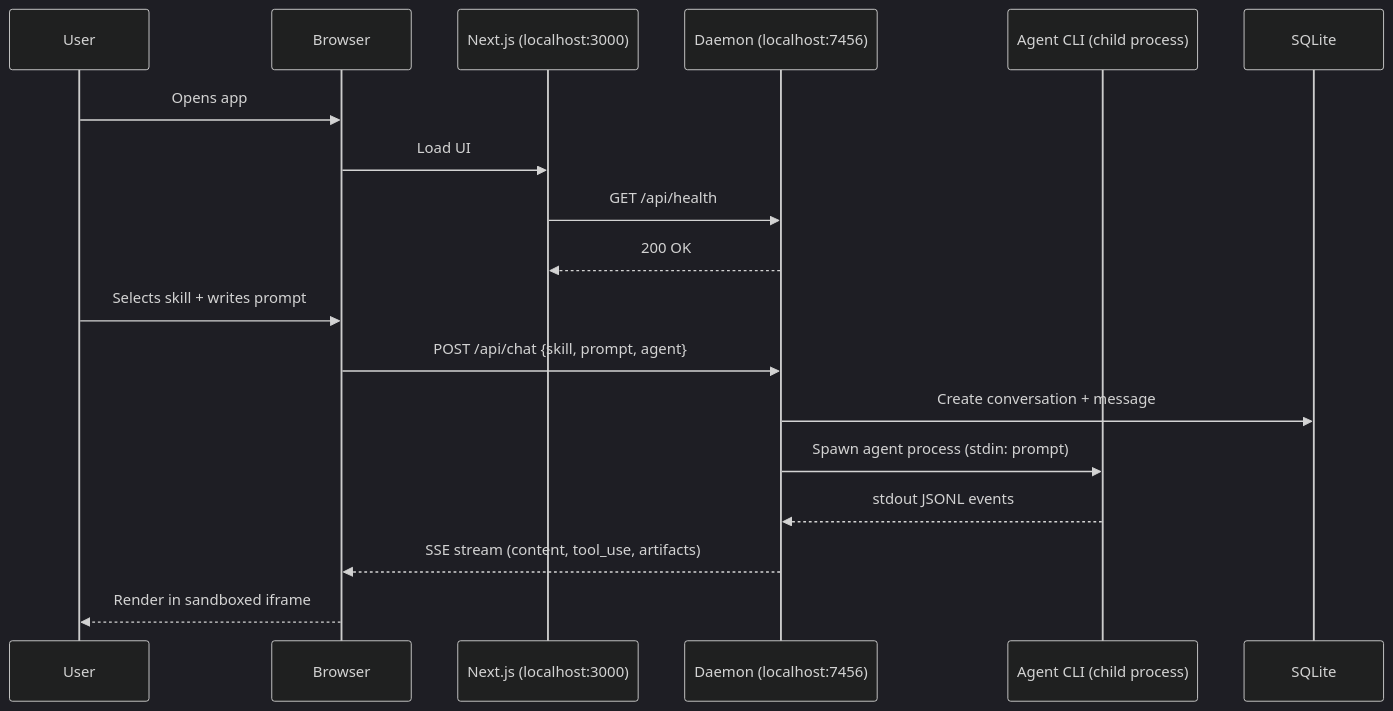
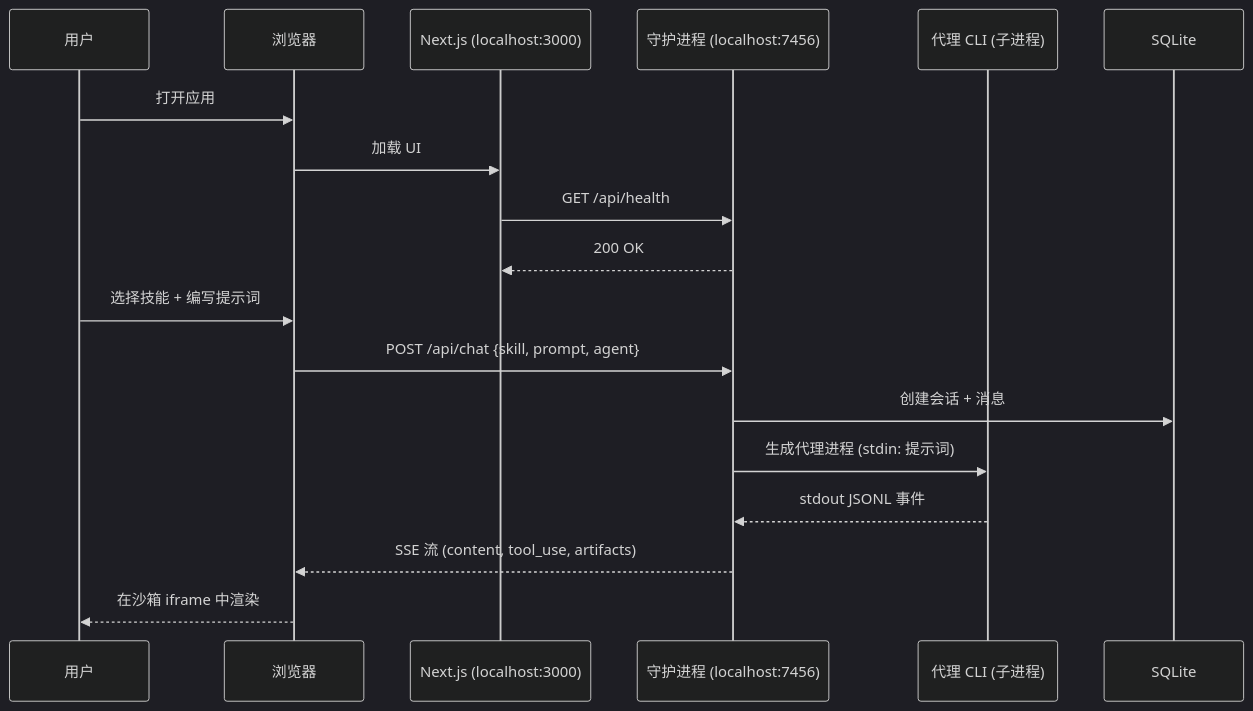
One commit to nmsn/open-design changed the second of 12 diagrams in docs/codebase/ARCHITECTURE.md. Above: the diagram before and after it, drawn with Mermaid (dark theme). The commit also changed other lines of this file and 2 other files, not shown here.

````diff
--- a/docs/codebase/ARCHITECTURE.md
+++ b/docs/codebase/ARCHITECTURE.md
@@ -48,22 +48,22 @@
 ```mermaid
 sequenceDiagram
-    participant U as User
-    participant B as Browser
+    participant U as 用户
+    participant B as 浏览器
     participant W as Next.js (localhost:3000)
-    participant D as Daemon (localhost:7456)
-    participant A as Agent CLI (child process)
+    participant D as 守护进程 (localhost:7456)
+    participant A as 代理 CLI (子进程)
     participant DB as SQLite
 
-    U->>B: Opens app
-    B->>W: Load UI
+    U->>B: 打开应用
+    B->>W: 加载 UI
     W->>D: GET /api/health
     D-->>W: 200 OK
 
-    U->>B: Selects skill + writes prompt
+    U->>B: 选择技能 + 编写提示词
     B->>D: POST /api/chat {skill, prompt, agent}
-    D->>DB: Create conversation + message
-    D->>A: Spawn agent process (stdin: prompt)
-    A-->>D: stdout JSONL events
-    D-->>B: SSE stream (content, tool_use, artifacts)
-    B-->>U: Render in sandboxed iframe
+    D->>DB: 创建会话 + 消息
+    D->>A: 生成代理进程 (stdin: 提示词)
+    A-->>D: stdout JSONL 事件
+    D-->>B: SSE 流 (content, tool_use, artifacts)
+    B-->>U: 在沙箱 iframe 中渲染
 ```
````
